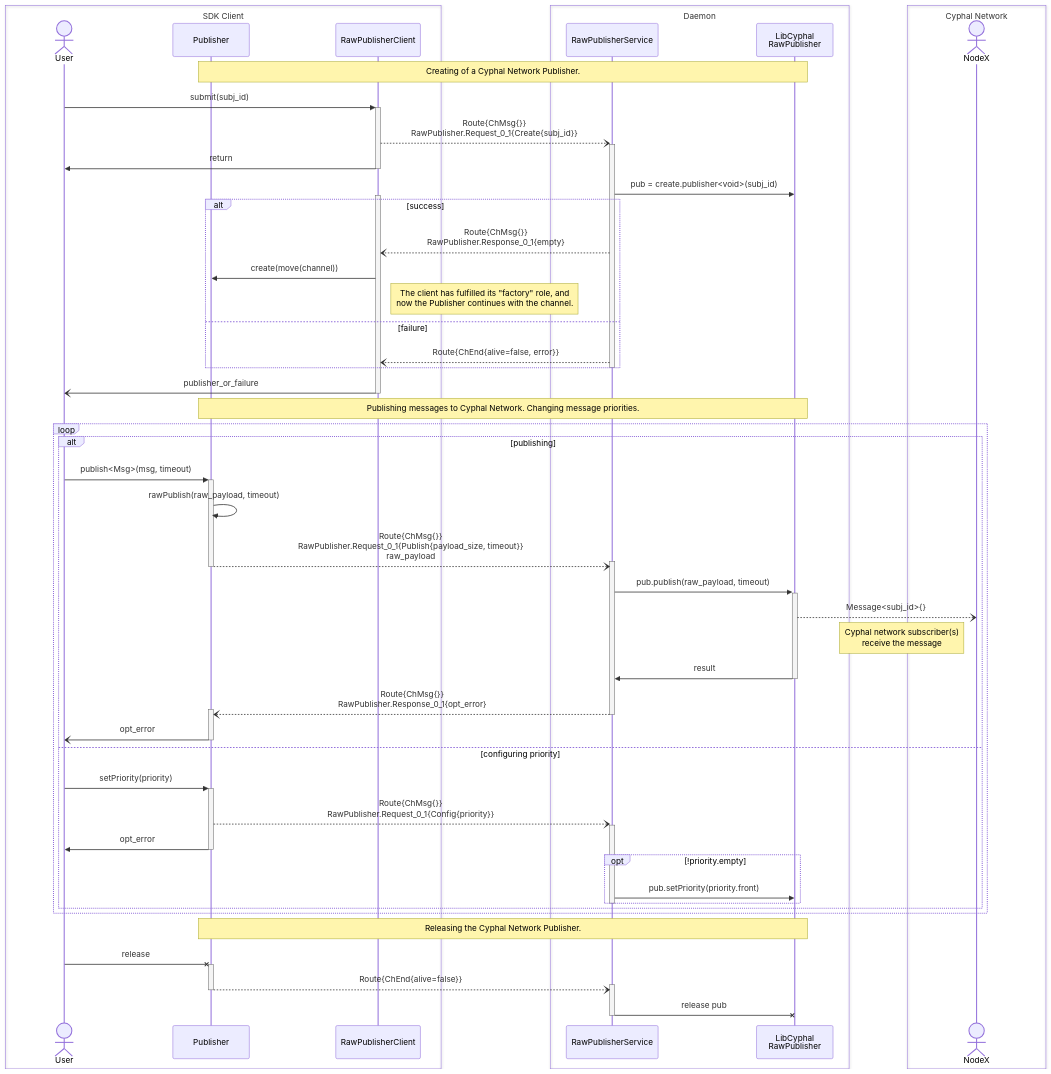
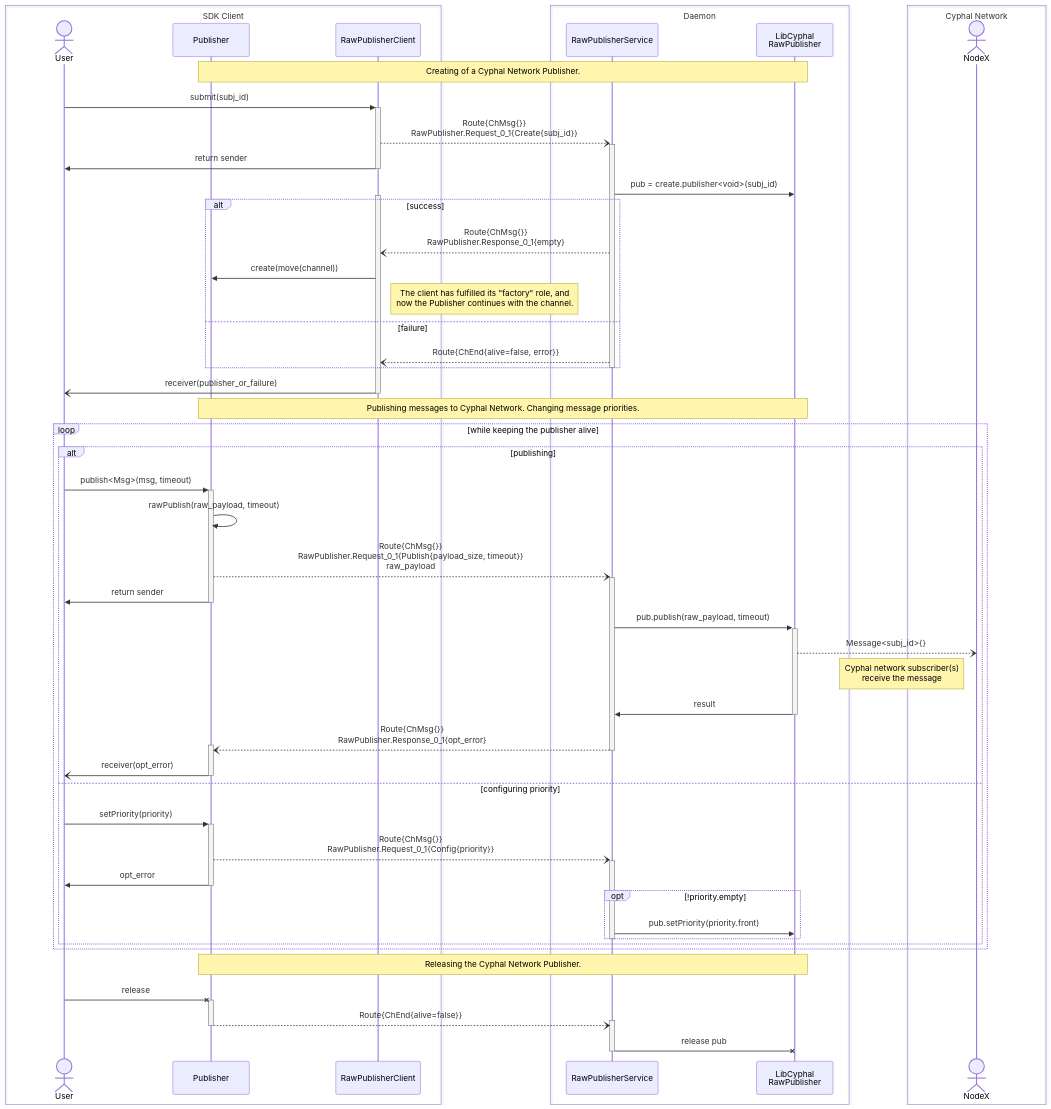
The fourth of 5 diagrams in docs/svc_design.md (OpenCyphal-Garage/ocvsmd), drawn with Mermaid before and after one commit. The commit also changed other lines of this file, not shown here.

Commit message:
described `RawSubscriber` service

````diff
--- a/docs/svc_design.md
+++ b/docs/svc_design.md
@@ -296,71 +296,71 @@
 ```mermaid
 sequenceDiagram
     actor User
     participant Publisher
     participant RawPublisherClient
     participant RawPublisherService
     participant CyPublisher as LibCyphal<br/>RawPublisher
     actor NodeX
 
     Note over Publisher, CyPublisher: Creating of a Cyphal Network Publisher.
     User ->>+ RawPublisherClient: submit(subj_id)
     RawPublisherClient --)+ RawPublisherService: Route{ChMsg{}}<br/>RawPublisher.Request_0_1{Create{subj_id}}
-    RawPublisherClient ->>- User : return
+    RawPublisherClient ->>- User : return sender
     
     RawPublisherService ->> CyPublisher: pub = create.publisher<void>(subj_id)
     activate RawPublisherClient
     alt success
         RawPublisherService --) RawPublisherClient: Route{ChMsg{}}<br/>RawPublisher.Response_0_1{empty}
         RawPublisherClient ->> Publisher: create(move(channel))
         Note right of RawPublisherClient: The client has fulfilled its "factory" role, and<br/>now the Publisher continues with the channel.
     else failure
         RawPublisherService --) RawPublisherClient: Route{ChEnd{alive=false, error}}
     end
     deactivate RawPublisherService
-    RawPublisherClient -)- User: publisher_or_failure
+    RawPublisherClient -)- User: receiver(publisher_or_failure)
     
     Note over Publisher, CyPublisher: Publishing messages to Cyphal Network. Changing message priorities.
-    loop
+    loop while keeping the publisher alive
         alt publishing
             User ->>+ Publisher: publish<Msg>(msg, timeout)
             Publisher ->> Publisher: rawPublish(raw_payload, timeout)
             Publisher --)+ RawPublisherService: Route{ChMsg{}}<br/>RawPublisher.Request_0_1{Publish{payload_size, timeout}}<br/>raw_payload
-            deactivate Publisher
+            Publisher ->>- User: return sender
             RawPublisherService ->>+ CyPublisher: pub.publish(raw_payload, timeout)
             CyPublisher --) NodeX: Message<subj_id>{}
             Note left of NodeX: Cyphal network subscriber(s)<br/>receive the message
             CyPublisher ->>- RawPublisherService: result
             RawPublisherService --)+ Publisher: Route{ChMsg{}}<br/>RawPublisher.Response_0_1{opt_error}
             deactivate RawPublisherService
-            Publisher -)- User: opt_error
+            Publisher -)- User: receiver(opt_error)
         else configuring priority
             User ->>+ Publisher: setPriority(priority)
             Publisher --)+ RawPublisherService: Route{ChMsg{}}<br/>RawPublisher.Request_0_1{Config{priority}}
             Publisher ->>- User: opt_error
             opt !priority.empty
                 RawPublisherService ->> CyPublisher: pub.setPriority(priority.front)
             end
             deactivate RawPublisherService
         end
     end
 
     Note over Publisher, CyPublisher: Releasing the Cyphal Network Publisher.
     User -x+ Publisher: release
     Publisher --)+ RawPublisherService: Route{ChEnd{alive=false}}
     deactivate Publisher
     RawPublisherService -x CyPublisher: release pub
     deactivate RawPublisherService
 
     box SDK Client
         actor User
         participant Publisher
         participant RawPublisherClient
     end
     box Daemon
         participant RawPublisherService
         participant CyPublisher
     end
     box Cyphal Network
         actor NodeX
     end
 ```
````
